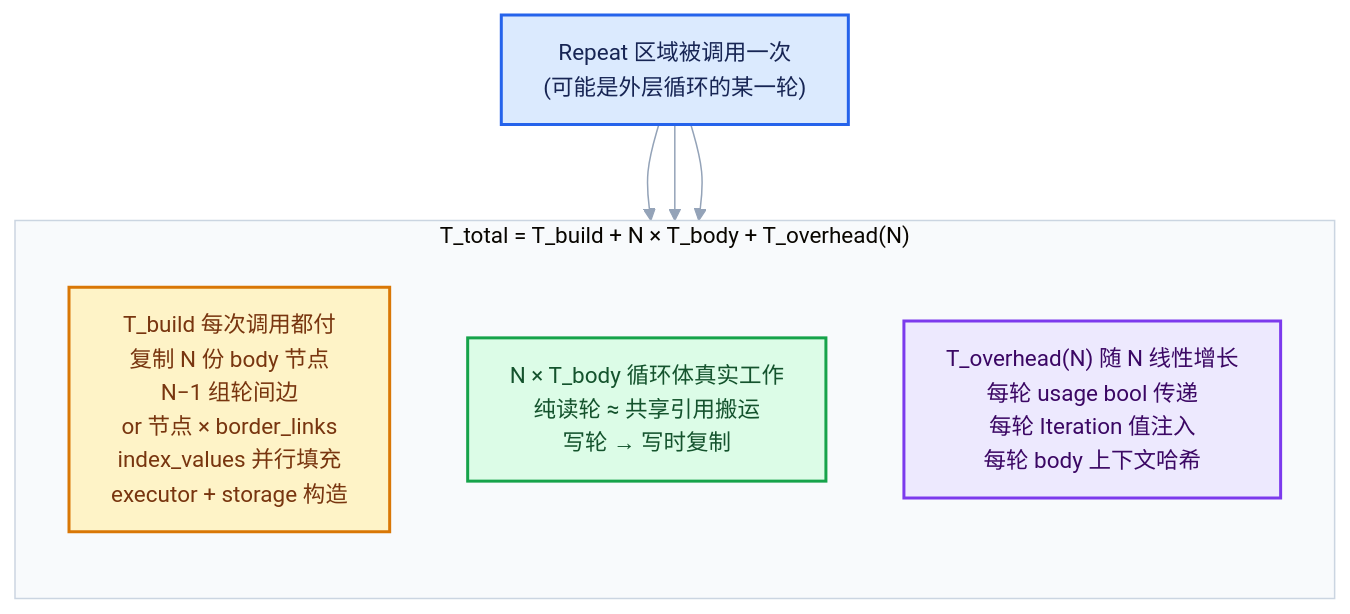
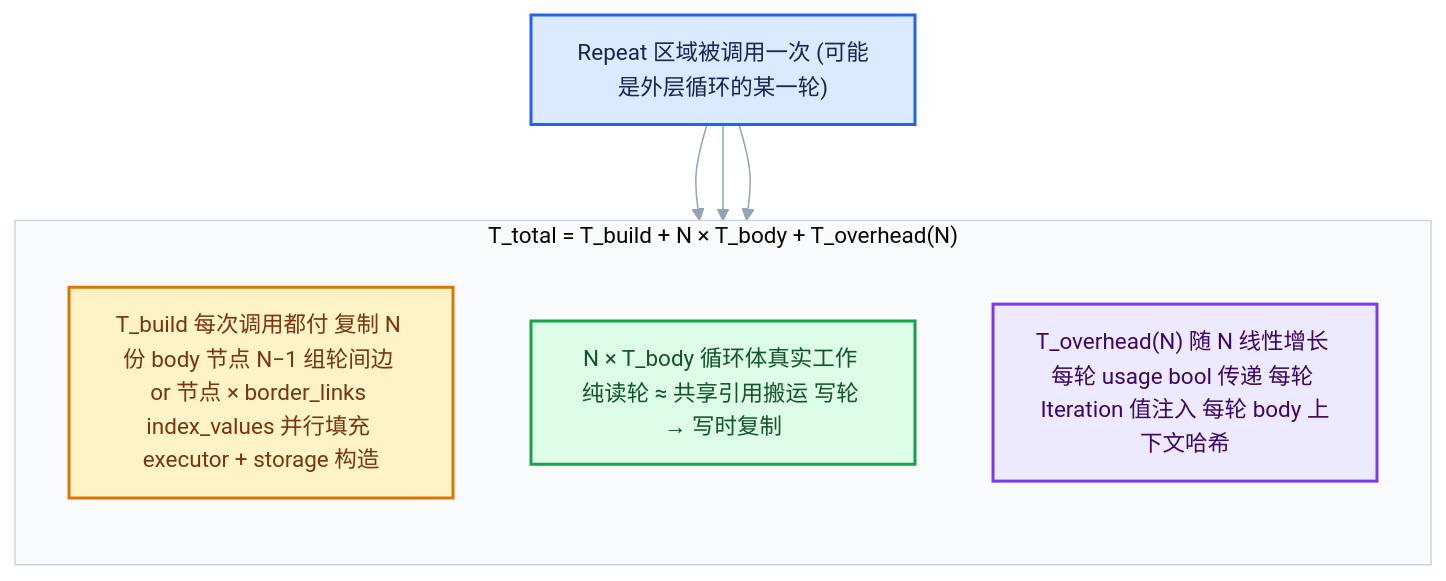
Before and after one commit to yunkezengren/blender-.vscode: the first of 5 diagrams in 杂/markdown/重复区域-dsh/06-实战与性能/02-性能模型与开销分析.md, drawn with Mermaid. The commit also changed other lines of this file and 27 other files, not shown here.

````diff
--- a/杂/markdown/重复区域-dsh/06-实战与性能/02-性能模型与开销分析.md
+++ b/杂/markdown/重复区域-dsh/06-实战与性能/02-性能模型与开销分析.md
@@ -111,20 +77,20 @@
 ```mermaid
 %%{init: {"theme":"base","themeVariables":{"fontFamily":"\"Segoe UI\",\"Microsoft YaHei\",sans-serif","fontSize":"15px","lineColor":"#94A3B8","edgeLabelBackground":"#FFFFFF","clusterBkg":"#F8FAFC","clusterBorder":"#CBD5E1"},"flowchart":{"htmlLabels":false,"curve":"basis","nodeSpacing":52,"rankSpacing":64,"padding":14,"diagramPadding":16,"useMaxWidth":true},"sequence":{"useMaxWidth":true,"wrap":true,"mirrorActors":false,"messageMargin":36}}}%%
 flowchart TB
   subgraph T_total["T_total = T_build + N × T_body + T_overhead(N)"]
     direction TB
-    B["T_build 每次调用都付<br/>复制 N 份 body 节点<br/>N−1 组轮间边<br/>or 节点 × border_links<br/>index_values 并行填充<br/>executor + storage 构造"]:::compute
-    BODY["N × T_body 循环体真实工作<br/>纯读轮 ≈ 共享引用搬运<br/>写轮 → 写时复制"]:::result
-    OV["T_overhead(N) 随 N 线性增长<br/>每轮 usage bool 传递<br/>每轮 Iteration 值注入<br/>每轮 body 上下文哈希"]:::abstraction
+    B["T_build 每次调用都付 复制 N 份 body 节点 N−1 组轮间边 or 节点 × border_links index_values 并行填充 executor + storage 构造"]:::compute
+    BODY["N × T_body 循环体真实工作 纯读轮 ≈ 共享引用搬运 写轮 → 写时复制"]:::result
+    OV["T_overhead(N) 随 N 线性增长 每轮 usage bool 传递 每轮 Iteration 值注入 每轮 body 上下文哈希"]:::abstraction
   end
-  CALL["Repeat 区域被调用一次<br/>(可能是外层循环的某一轮)"]:::input
+  CALL["Repeat 区域被调用一次 (可能是外层循环的某一轮)"]:::input
   CALL --> B
   CALL --> BODY
   CALL --> OV
   classDef input fill:#DBEAFE,stroke:#2563EB,color:#172554,stroke-width:2px;
   classDef data fill:#CFFAFE,stroke:#0891B2,color:#164E63,stroke-width:2px;
   classDef abstraction fill:#EDE9FE,stroke:#7C3AED,color:#3B0764,stroke-width:2px;
   classDef compute fill:#FEF3C7,stroke:#D97706,color:#78350F,stroke-width:2px;
   classDef result fill:#DCFCE7,stroke:#16A34A,color:#14532D,stroke-width:2px;
   classDef error fill:#FEE2E2,stroke:#DC2626,color:#7F1D1D,stroke-width:2px;
 ```
````
